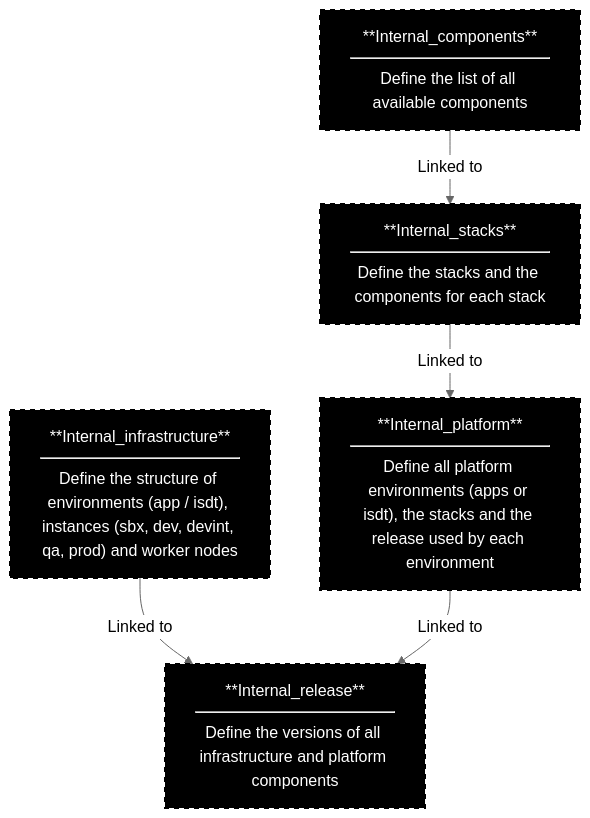
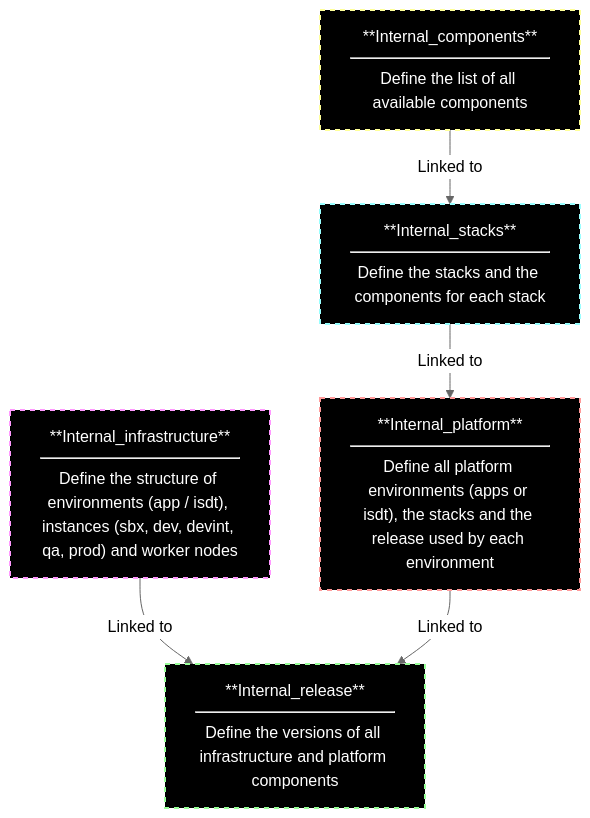
The first of 20 diagrams in Markdown1.md (SavaiRavikiran/Monitoring_With_Prometheus-Grafana), drawn with Mermaid (neutral theme) before and after one commit.

````diff
--- a/Markdown1.md
+++ b/Markdown1.md
@@ -1,13 +1,13 @@
 ```mermaid
 graph TD
-  style A fill:#000,stroke:#000,stroke-width:2px,stroke-dasharray: 5, 5,color:#fff
-  style B fill:#000,stroke:#000,stroke-width:2px,stroke-dasharray: 5, 5,color:#fff
-  style C fill:#000,stroke:#000,stroke-width:2px,stroke-dasharray: 5, 5,color:#fff
-  style D fill:#000,stroke:#000,stroke-width:2px,stroke-dasharray: 5, 5,color:#fff
-  style E fill:#000,stroke:#000,stroke-width:2px,stroke-dasharray: 5, 5,color:#fff
+  style A fill:#000,stroke:#f9f,stroke-width:2px,stroke-dasharray: 5, 5,color:#fff
+  style B fill:#000,stroke:#9f9,stroke-width:2px,stroke-dasharray: 5, 5,color:#fff
+  style C fill:#000,stroke:#ff9,stroke-width:2px,stroke-dasharray: 5, 5,color:#fff
+  style D fill:#000,stroke:#9ff,stroke-width:2px,stroke-dasharray: 5, 5,color:#fff
+  style E fill:#000,stroke:#f99,stroke-width:2px,stroke-dasharray: 5, 5,color:#fff
   
   A["**Internal_infrastructure**<br/><hr style='margin-top: 8px; margin-bottom: 8px;'/>Define the structure of environments (app / isdt), instances (sbx, dev, devint, qa, prod) and worker nodes"] -->|Linked to| B["**Internal_release**<br/><hr style='margin-top: 8px; margin-bottom: 8px;'/>Define the versions of all infrastructure and platform components"]
   C["**Internal_components**<br/><hr style='margin-top: 8px; margin-bottom: 8px;'/>Define the list of all available components"] -->|Linked to| D["**Internal_stacks**<br/><hr style='margin-top: 8px; margin-bottom: 8px;'/>Define the stacks and the components for each stack"]
   D -->|Linked to| E["**Internal_platform**<br/><hr style='margin-top: 8px; margin-bottom: 8px;'/>Define all platform environments (apps or isdt), the stacks and the release used by each environment"]
   E -->|Linked to| B
 ```
````
